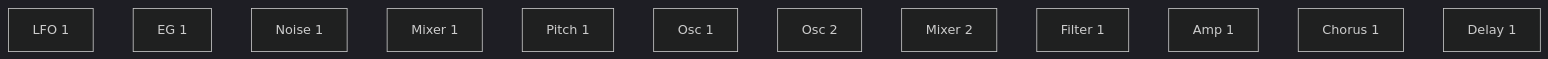
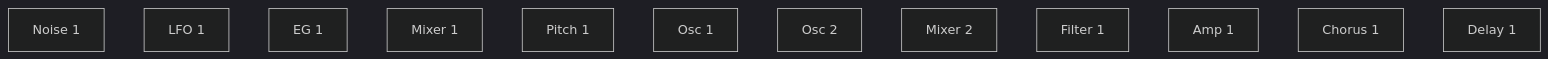
One commit to risgk/midi_synthesizer_spms1 changed the second of 6 diagrams in spms1_type2/README.ja.md. Above: the diagram before and after it, drawn with Mermaid (dark theme). The commit also changed other lines of this file and 5 other files, not shown here.

First line of the commit message:
type2: Put Noise 1 ahead of LFO 1

````diff
--- a/spms1_type2/README.ja.md
+++ b/spms1_type2/README.ja.md
@@ -226,4 +226,4 @@
 ```mermaid
 flowchart LR
-  LFO[LFO 1] ~~~ EG[EG 1] ~~~ NOISE[Noise 1] ~~~ MIX1[Mixer 1] ~~~ PITCH[Pitch 1] ~~~ OSC[Osc 1] ~~~ OSC2[Osc 2] ~~~ MIX2[Mixer 2] ~~~ FILTER[Filter 1] ~~~ AMP[Amp 1] ~~~ CHORUS[Chorus 1] ~~~ DELAY[Delay 1]
+  NOISE[Noise 1] ~~~ LFO[LFO 1] ~~~ EG[EG 1] ~~~ MIX1[Mixer 1] ~~~ PITCH[Pitch 1] ~~~ OSC[Osc 1] ~~~ OSC2[Osc 2] ~~~ MIX2[Mixer 2] ~~~ FILTER[Filter 1] ~~~ AMP[Amp 1] ~~~ CHORUS[Chorus 1] ~~~ DELAY[Delay 1]
 ```
````
